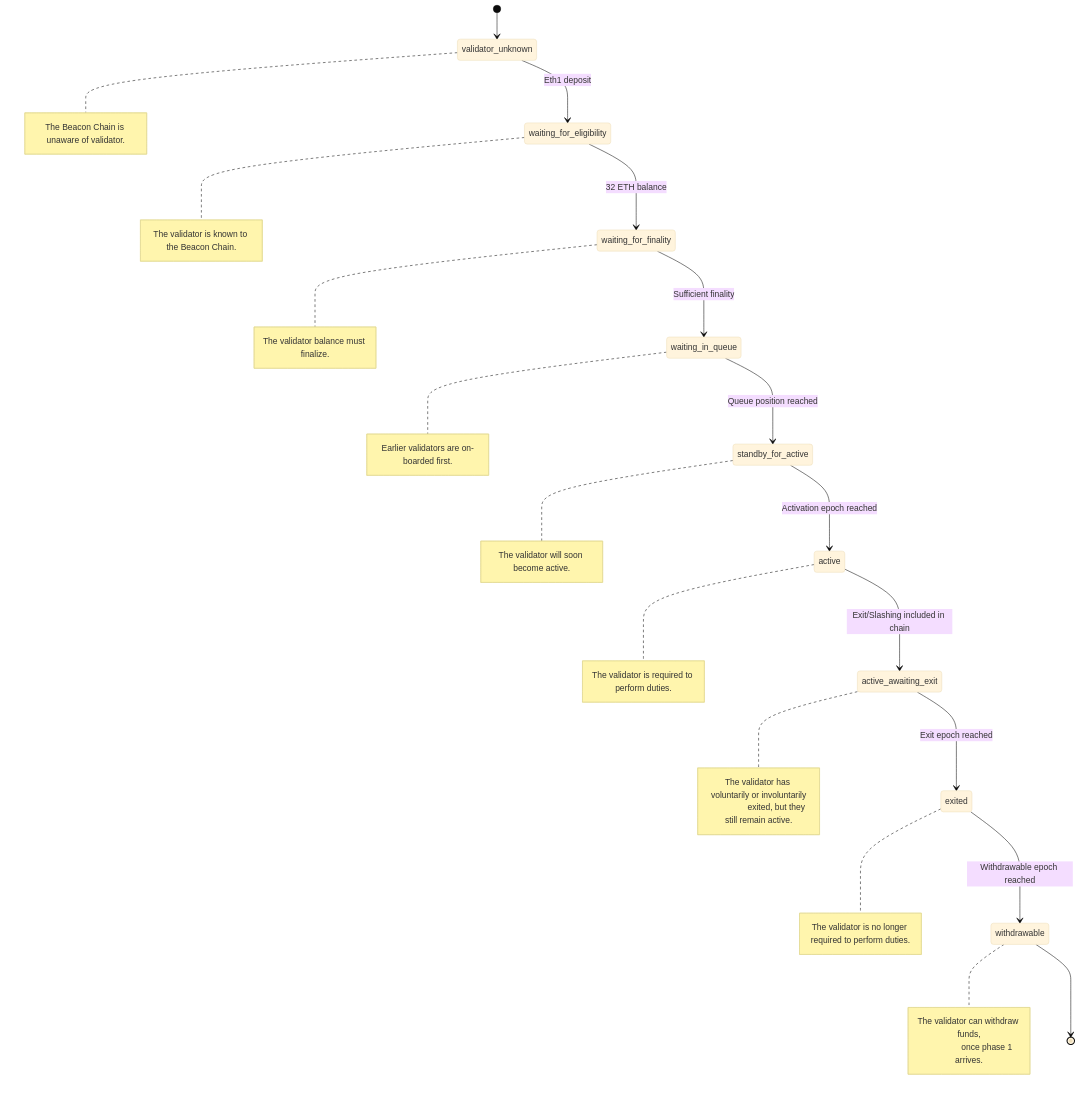
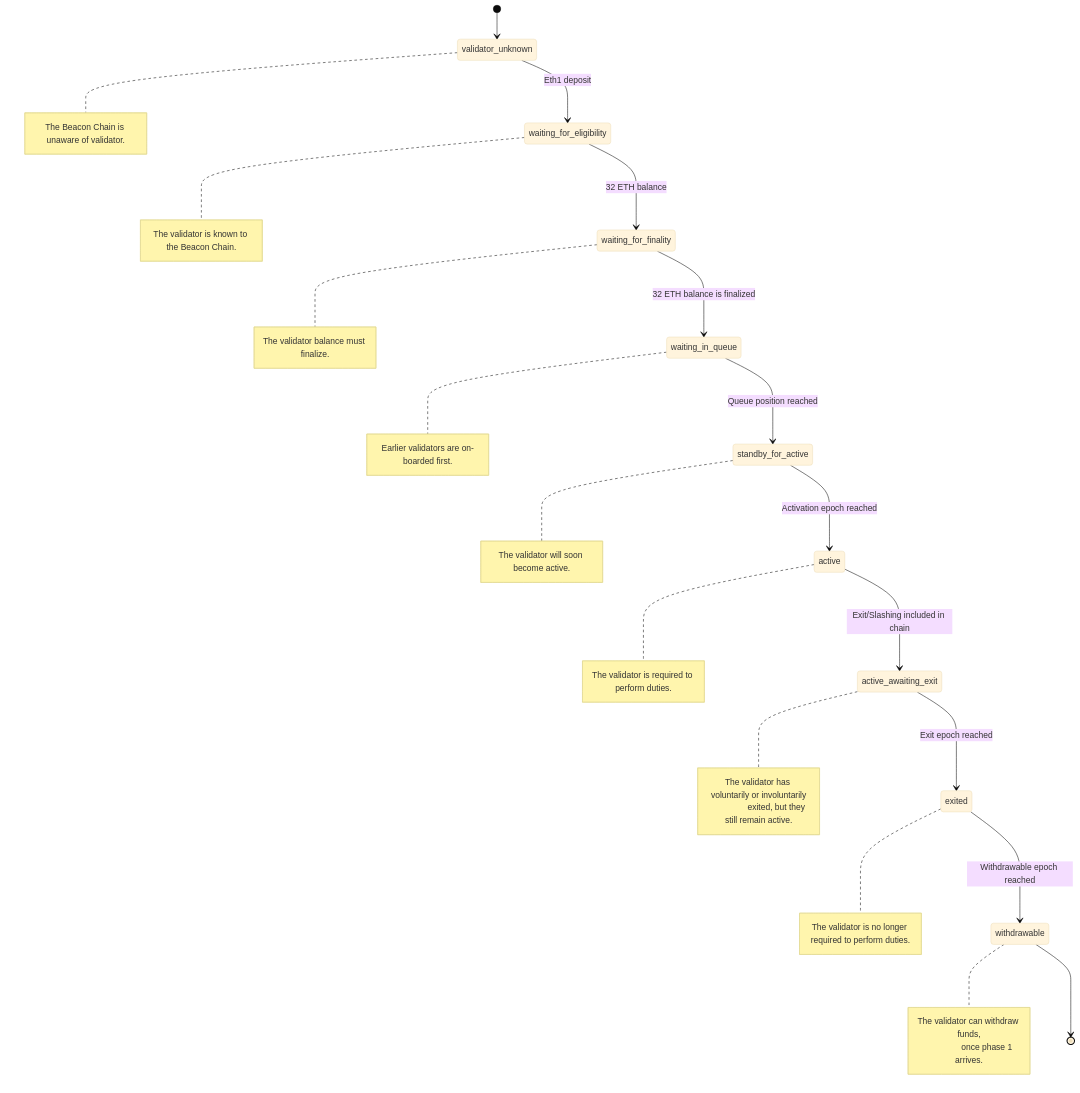
Before and after one commit to sigp/lighthouse: the diagram in book/src/validator-lifecycle.md, drawn with Mermaid (base theme). The commit also changed other lines of this file, not shown here.

````diff
--- a/book/src/validator-lifecycle.md
+++ b/book/src/validator-lifecycle.md
@@ -25,60 +25,60 @@
 ```mermaid
 stateDiagram
 	[*] --> validator_unknown
 
 	note right of validator_unknown
 		The Beacon Chain is unaware of validator.
 	end note
 
 	validator_unknown --> waiting_for_eligibility : Eth1 deposit
 
 	note right of waiting_for_eligibility
 		The validator is known to the Beacon Chain.
 	end note
 
 	waiting_for_eligibility --> waiting_for_finality : 32 ETH balance
 
 	note right of waiting_for_finality
 		The validator balance must finalize.
 	end note
 
-	waiting_for_finality --> waiting_in_queue : Sufficient finality
+	waiting_for_finality --> waiting_in_queue : 32 ETH balance is finalized
 
 	note right of waiting_in_queue
 		Earlier validators are on-boarded first.
 	end note
 
 	waiting_in_queue --> standby_for_active : Queue position reached
 
 	note right of standby_for_active
 		The validator will soon become active.
 	end note
 
 	standby_for_active --> active : Activation epoch reached
 
 	note right of active
 		The validator is required to perform duties.
 	end note
 
 	active --> active_awaiting_exit : Exit/Slashing included in chain
 
 	note right of active_awaiting_exit
 		The validator has voluntarily or involuntarily
 		exited, but they still remain active.
 	end note
 
 	active_awaiting_exit --> exited : Exit epoch reached
 
 	note right of exited
 		The validator is no longer required to perform duties.
 	end note
 
 	exited --> withdrawable: Withdrawable epoch reached
 
 	note right of withdrawable
 		The validator can withdraw funds,
 		once phase 1 arrives.
 	end note
 
 	withdrawable --> [*]
 ```
````
